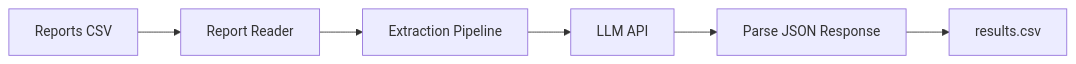
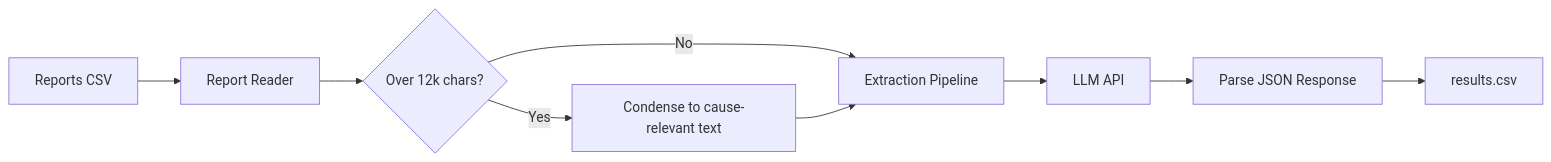
The diagram in README.md (emberlytic/narrative-cause-extraction), drawn with Mermaid before and after one commit. The commit also changed other lines of this file and 2 other files, not shown here.

````diff
--- a/README.md
+++ b/README.md
@@ -17,8 +17,11 @@
 ```mermaid
 flowchart LR
     A[Reports CSV] --> B[Report Reader]
-    B --> C[Extraction Pipeline]
-    C --> D[LLM API]
-    D --> E[Parse JSON Response]
-    E --> F[results.csv]
+    B --> C{Over 12k chars?}
+    C -->|Yes| D[Condense to cause-relevant text]
+    C -->|No| E[Extraction Pipeline]
+    D --> E
+    E --> F[LLM API]
+    F --> G[Parse JSON Response]
+    G --> H[results.csv]
 ```
````
